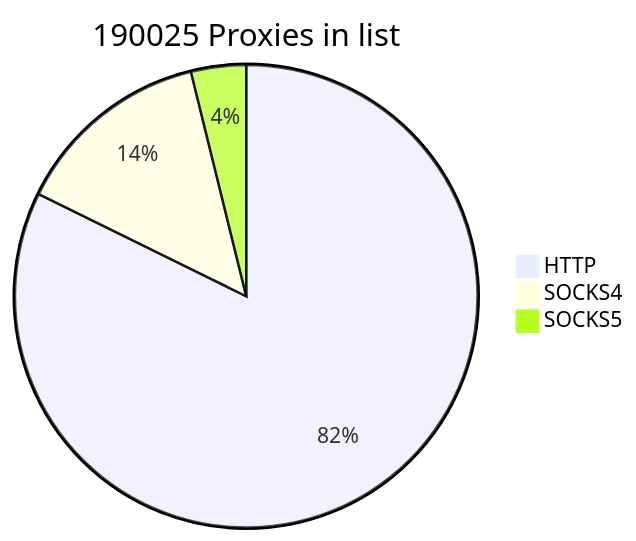
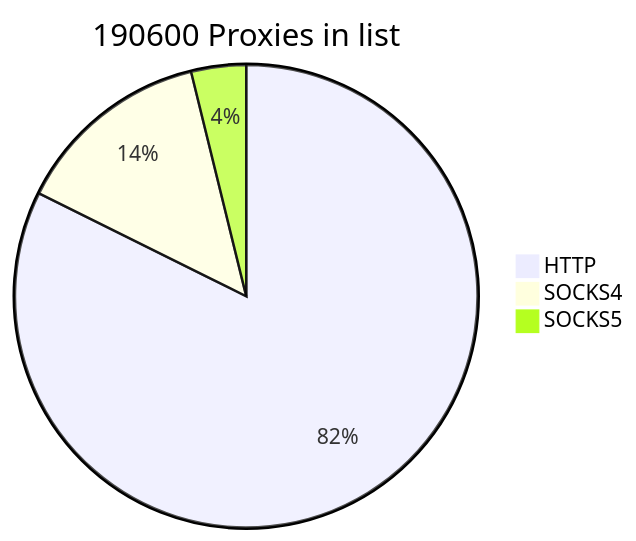
The first of 2 diagrams in README.md (cutipu/proxylist), drawn with Mermaid before and after one commit. The commit also changed other lines of this file, not shown here.

````diff
--- a/README.md
+++ b/README.md
@@ -2,7 +2,7 @@
 ```mermaid
-pie title 190025 Proxies in list
-    "HTTP" : 156343
+pie title 190600 Proxies in list
+    "HTTP" : 156920
     "SOCKS4" : 26372
-    "SOCKS5" : 7310
+    "SOCKS5" : 7308
             
 ```
````
